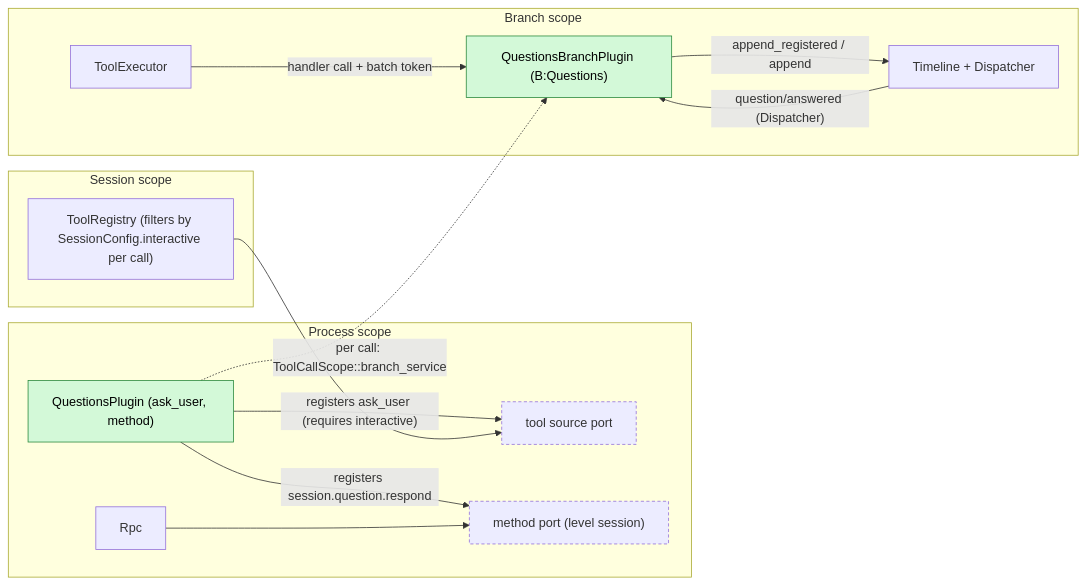
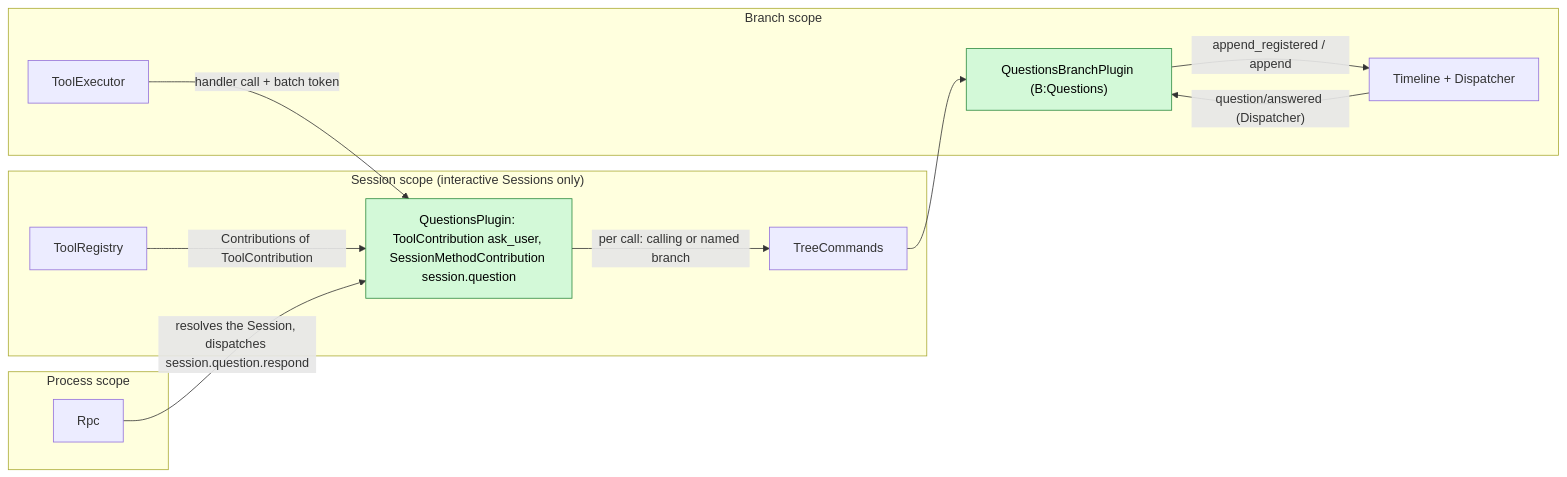
One commit to CoutinhoTTS/dim-agent changed the first of 6 diagrams in docs/design/plugins/Questions.md. Above: the diagram before and after it, drawn with Mermaid. The commit also changed other lines of this file and 3 other files, not shown here.

Commit message:
docs(design): rescope Questions, Goal, ShellInput and Attachments per ADR 002

````diff
--- a/docs/design/plugins/Questions.md
+++ b/docs/design/plugins/Questions.md
@@ -9,27 +9,24 @@
 ```mermaid
 flowchart LR
+  subgraph S["Session scope (interactive Sessions only)"]
+    QS["QuestionsPlugin: ToolContribution ask_user, SessionMethodContribution session.question"]:::new
+    TR["ToolRegistry"]
+    TC["TreeCommands"]
+  end
   subgraph P["Process scope"]
-    QP["QuestionsPlugin (ask_user, method)"]:::new
-    PT["tool source port"]:::contract
-    MP["method port (level session)"]:::contract
     RPC["Rpc"]
-  end
-  subgraph S["Session scope"]
-    TR["ToolRegistry (filters by SessionConfig.interactive per call)"]
   end
   subgraph B["Branch scope"]
     QB["QuestionsBranchPlugin (B:Questions)"]:::new
     TE["ToolExecutor"]
     TL["Timeline + Dispatcher"]
   end
-  QP -- "registers ask_user (requires interactive)" --> PT
-  TR --> PT
-  QP -- "registers session.question.respond" --> MP
-  RPC --> MP
-  QP -. "per call: ToolCallScope::branch_service" .-> QB
-  TE -- "handler call + batch token" --> QB
+  TR -- "Contributions of ToolContribution" --> QS
+  RPC -- "resolves the Session, dispatches session.question.respond" --> QS
+  QS -- "per call: calling or named branch" --> TC
+  TC --> QB
+  TE -- "handler call + batch token" --> QS
   QB -- "append_registered / append" --> TL
   TL -- "question/answered (Dispatcher)" --> QB
   classDef new fill:#d3f9d8,stroke:#2b8a3e,color:#000
-  classDef contract stroke-dasharray:4 3
 ```
````
